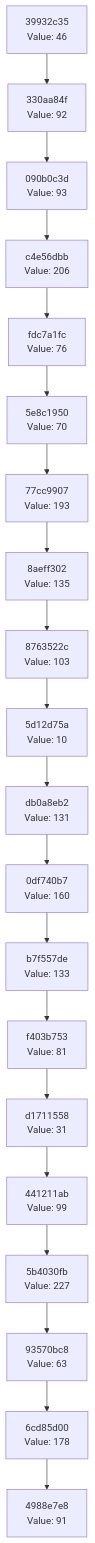
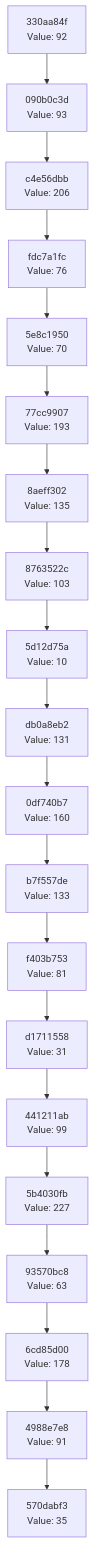
The diagram in docs/CHAIN_VISUALIZATION.md (Abhisheksinha1506/hash-chain-evolver), drawn with Mermaid before and after one commit. The commit also changed 2 other files, not shown here.

Commit message:
Evolution Step

````diff
--- a/docs/CHAIN_VISUALIZATION.md
+++ b/docs/CHAIN_VISUALIZATION.md
@@ -3,42 +3,42 @@
 ```mermaid
 graph TD
-    C0["4988e7e8<br/>Value: 91"]
-    C1["6cd85d00<br/>Value: 178"]
+    C0["570dabf3<br/>Value: 35"]
+    C1["4988e7e8<br/>Value: 91"]
     C1 --> C0
-    C2["93570bc8<br/>Value: 63"]
+    C2["6cd85d00<br/>Value: 178"]
     C2 --> C1
-    C3["5b4030fb<br/>Value: 227"]
+    C3["93570bc8<br/>Value: 63"]
     C3 --> C2
-    C4["441211ab<br/>Value: 99"]
+    C4["5b4030fb<br/>Value: 227"]
     C4 --> C3
-    C5["d1711558<br/>Value: 31"]
+    C5["441211ab<br/>Value: 99"]
     C5 --> C4
-    C6["f403b753<br/>Value: 81"]
+    C6["d1711558<br/>Value: 31"]
     C6 --> C5
-    C7["b7f557de<br/>Value: 133"]
+    C7["f403b753<br/>Value: 81"]
     C7 --> C6
-    C8["0df740b7<br/>Value: 160"]
+    C8["b7f557de<br/>Value: 133"]
     C8 --> C7
-    C9["db0a8eb2<br/>Value: 131"]
+    C9["0df740b7<br/>Value: 160"]
     C9 --> C8
-    C10["5d12d75a<br/>Value: 10"]
+    C10["db0a8eb2<br/>Value: 131"]
     C10 --> C9
-    C11["8763522c<br/>Value: 103"]
+    C11["5d12d75a<br/>Value: 10"]
     C11 --> C10
-    C12["8aeff302<br/>Value: 135"]
+    C12["8763522c<br/>Value: 103"]
     C12 --> C11
-    C13["77cc9907<br/>Value: 193"]
+    C13["8aeff302<br/>Value: 135"]
     C13 --> C12
-    C14["5e8c1950<br/>Value: 70"]
+    C14["77cc9907<br/>Value: 193"]
     C14 --> C13
-    C15["fdc7a1fc<br/>Value: 76"]
+    C15["5e8c1950<br/>Value: 70"]
     C15 --> C14
-    C16["c4e56dbb<br/>Value: 206"]
+    C16["fdc7a1fc<br/>Value: 76"]
     C16 --> C15
-    C17["090b0c3d<br/>Value: 93"]
+    C17["c4e56dbb<br/>Value: 206"]
     C17 --> C16
-    C18["330aa84f<br/>Value: 92"]
+    C18["090b0c3d<br/>Value: 93"]
     C18 --> C17
-    C19["39932c35<br/>Value: 46"]
+    C19["330aa84f<br/>Value: 92"]
     C19 --> C18
 ```
````
